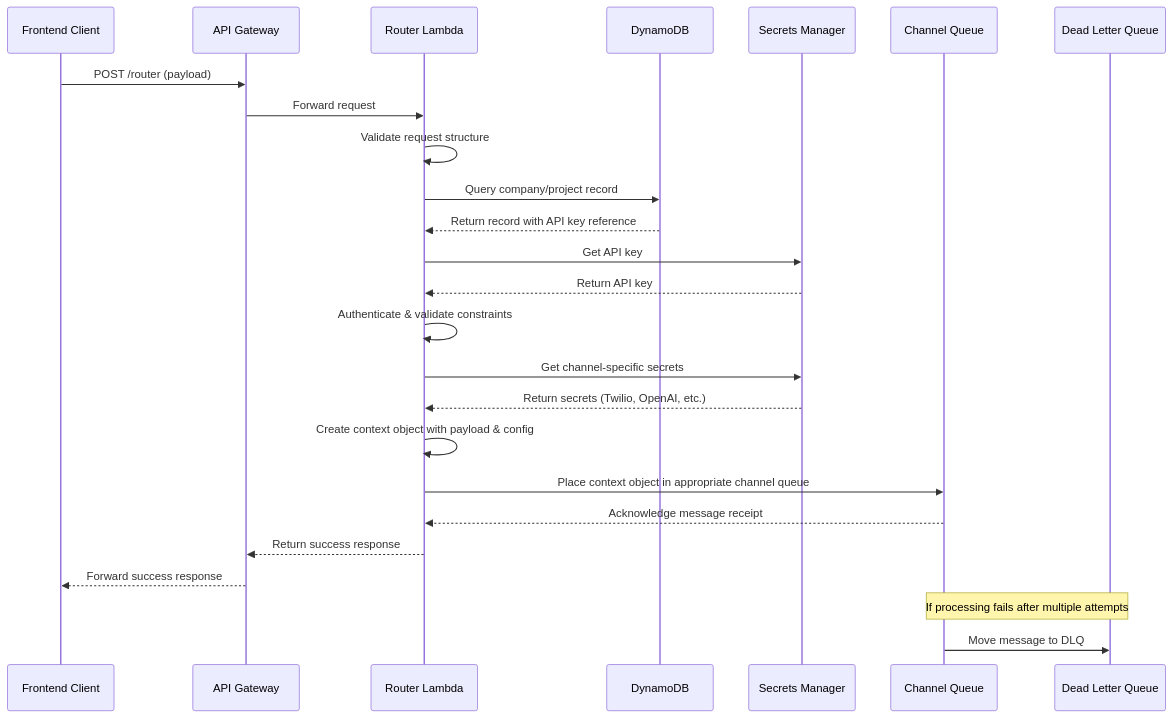
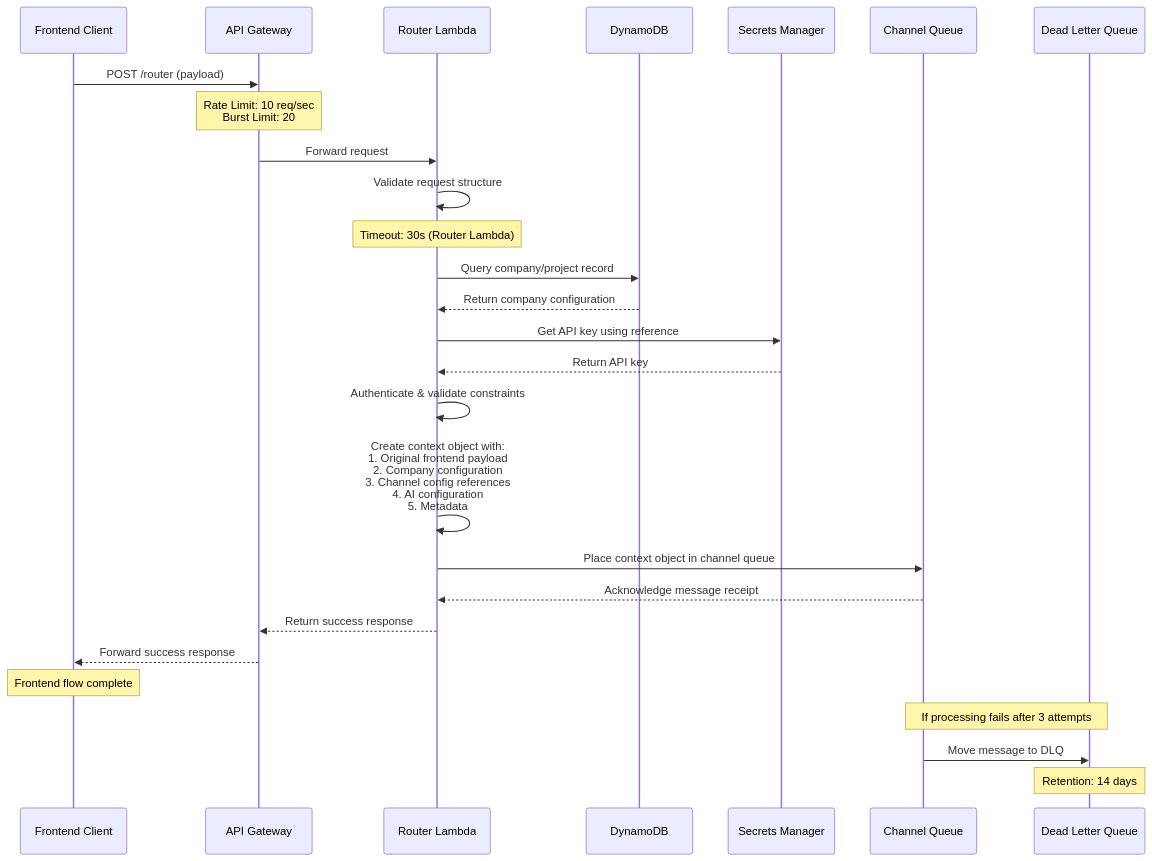
One commit to junksamiad/template-sender-engine changed the second of 7 diagrams in lld/channel-router/channel-router-diagrams-v1.0.md. Above: the diagram before and after it, drawn with Mermaid. The commit also changed other lines of this file, not shown here.

Commit message:
Updated channel-router-diagrams-v1.0.md to align with channel router documentation

````diff
--- a/lld/channel-router/channel-router-diagrams-v1.0.md
+++ b/lld/channel-router/channel-router-diagrams-v1.0.md
@@ -73,37 +91,39 @@
 ```mermaid
 sequenceDiagram
     participant Client as Frontend Client
     participant API as API Gateway
     participant Router as Router Lambda
     participant DDB as DynamoDB
     participant SM as Secrets Manager
     participant Queue as Channel Queue
     participant DLQ as Dead Letter Queue
     
     Client->>API: POST /router (payload)
+    Note over API: Rate Limit: 10 req/sec<br/>Burst Limit: 20
     API->>Router: Forward request
     
     Router->>Router: Validate request structure
+    Note over Router: Timeout: 30s (Router Lambda)
     
     Router->>DDB: Query company/project record
-    DDB-->>Router: Return record with API key reference
+    DDB-->>Router: Return company configuration
     
-    Router->>SM: Get API key
+    Router->>SM: Get API key using reference
     SM-->>Router: Return API key
     
     Router->>Router: Authenticate & validate constraints
     
-    Router->>SM: Get channel-specific secrets
-    SM-->>Router: Return secrets (Twilio, OpenAI, etc.)
+    Router->>Router: Create context object with:<br/>1. Original frontend payload<br/>2. Company configuration<br/>3. Channel config references<br/>4. AI configuration<br/>5. Metadata
     
-    Router->>Router: Create context object with payload & config
-    
-    Router->>Queue: Place context object in appropriate channel queue
+    Router->>Queue: Place context object in channel queue
     Queue-->>Router: Acknowledge message receipt
     
     Router-->>API: Return success response
     API-->>Client: Forward success response
     
-    Note over Queue,DLQ: If processing fails after multiple attempts
+    Note over Client: Frontend flow complete
+    
+    Note over Queue,DLQ: If processing fails after 3 attempts
     Queue->>DLQ: Move message to DLQ
+    Note over DLQ: Retention: 14 days
 ```
````
